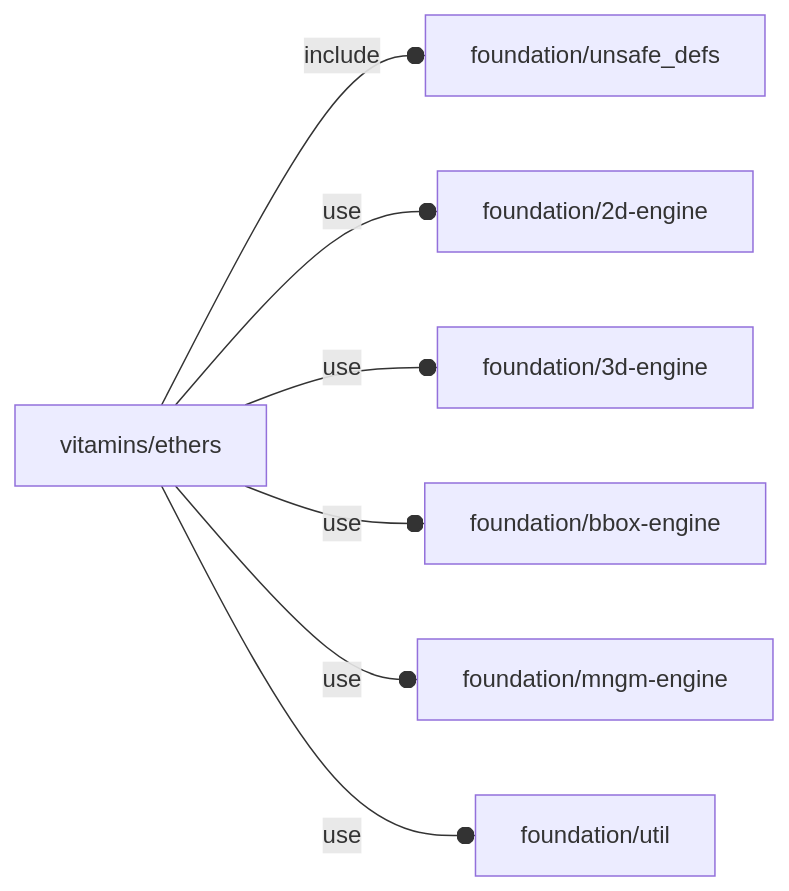
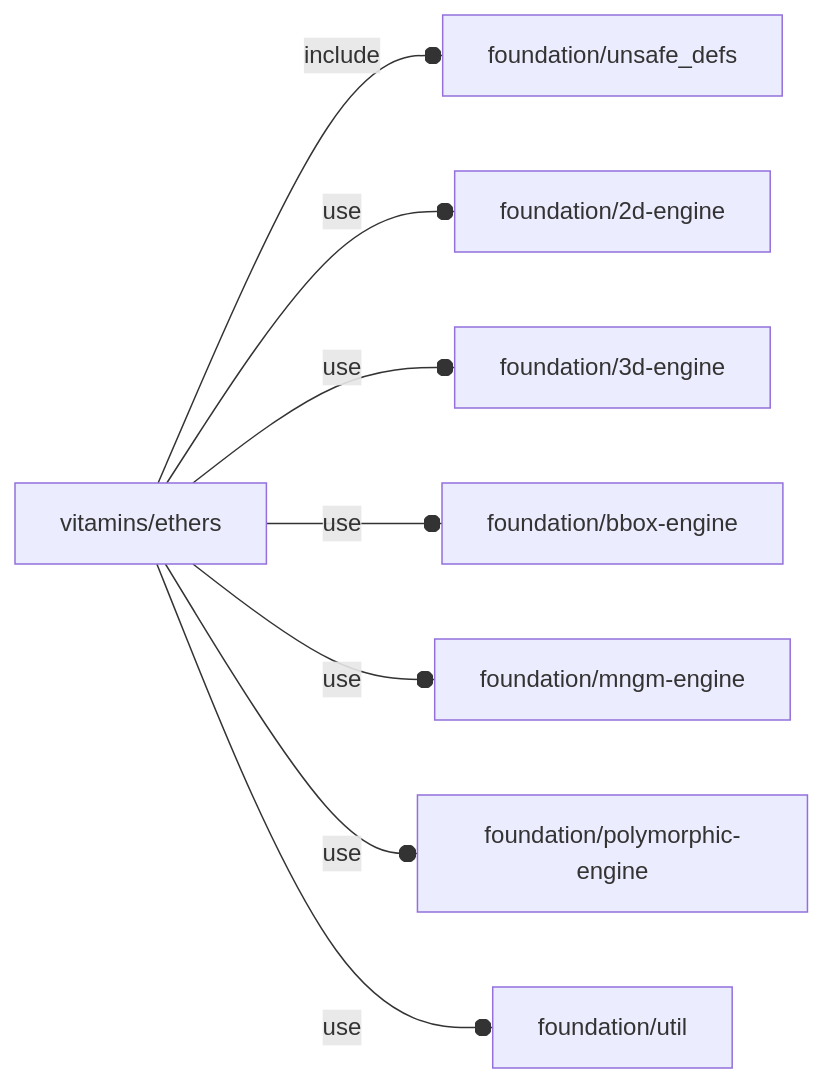
The diagram in orthodocs/vitamins/ethers.md (ggabbiani/OFL), drawn with Mermaid before and after one commit. The commit also changed other lines of this file and 4 other files, not shown here.

````diff
--- a/orthodocs/vitamins/ethers.md
+++ b/orthodocs/vitamins/ethers.md
@@ -5,9 +5,10 @@
 ```mermaid
 graph LR
     A1[vitamins/ethers] --o|include| A2[foundation/unsafe_defs]
     A1 --o|use| A3[foundation/2d-engine]
     A1 --o|use| A4[foundation/3d-engine]
     A1 --o|use| A5[foundation/bbox-engine]
     A1 --o|use| A6[foundation/mngm-engine]
-    A1 --o|use| A7[foundation/util]
+    A1 --o|use| A7[foundation/polymorphic-engine]
+    A1 --o|use| A8[foundation/util]
 ```
````
